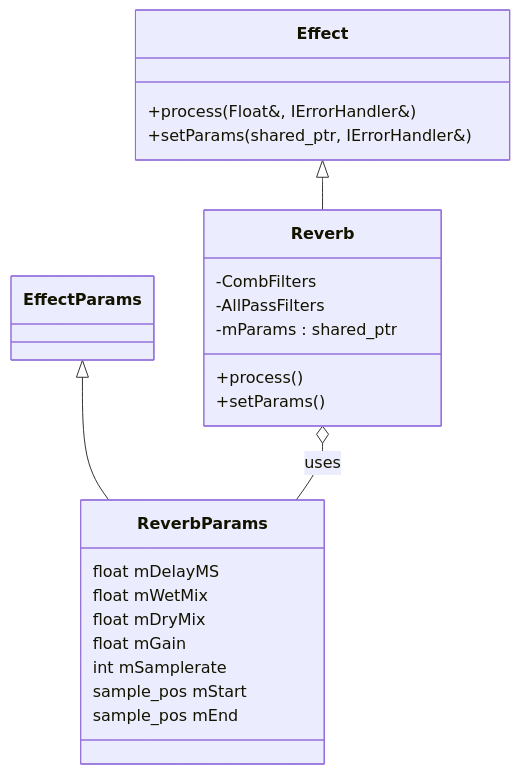
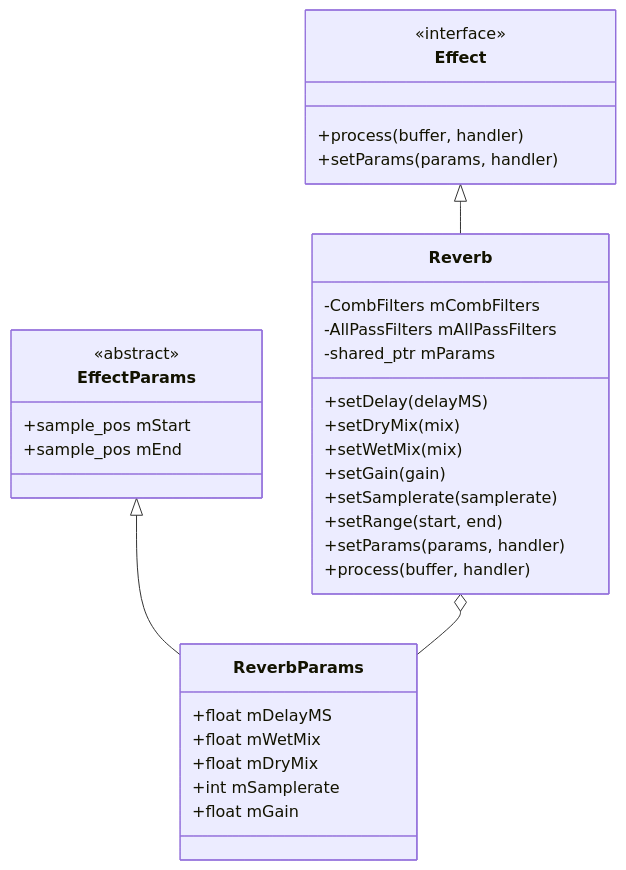
The second of 2 diagrams in docs/Architecture.md (TheAmgadX/AJ-Audio-Engine), drawn with Mermaid before and after one commit.

````diff
--- a/docs/Architecture.md
+++ b/docs/Architecture.md
@@ -90,32 +90,43 @@
 ```mermaid
+%% NOTE: Namespace prefixes (e.g., AJ::dsp::) are omitted because GitHub Mermaid doesn't support them.
+
 classDiagram
     class Effect {
-        +process(Float&, IErrorHandler&)
-        +setParams(shared_ptr<EffectParams>, IErrorHandler&)
+        <<interface>>
+        +process(buffer, handler)
+        +setParams(params, handler)
     }
 
-    class EffectParams
+    class EffectParams {
+        <<abstract>>
+        +sample_pos mStart
+        +sample_pos mEnd
+    }
 
     class ReverbParams {
-        float mDelayMS
-        float mWetMix
-        float mDryMix
-        float mGain
-        int mSamplerate
-        sample_pos mStart
-        sample_pos mEnd
+        +float mDelayMS
+        +float mWetMix
+        +float mDryMix
+        +int mSamplerate
+        +float mGain
     }
 
     class Reverb {
-        +process()
-        +setParams()
-        -CombFilters
-        -AllPassFilters
-        -mParams : shared_ptr<ReverbParams>
+        -CombFilters mCombFilters
+        -AllPassFilters mAllPassFilters
+        -shared_ptr<ReverbParams> mParams
+        +setDelay(delayMS)
+        +setDryMix(mix)
+        +setWetMix(mix)
+        +setGain(gain)
+        +setSamplerate(samplerate)
+        +setRange(start, end)
+        +setParams(params, handler)
+        +process(buffer, handler)
     }
 
     Effect <|-- Reverb
     EffectParams <|-- ReverbParams
-    Reverb o-- ReverbParams : uses
+    Reverb o-- ReverbParams
 
 ```
````
